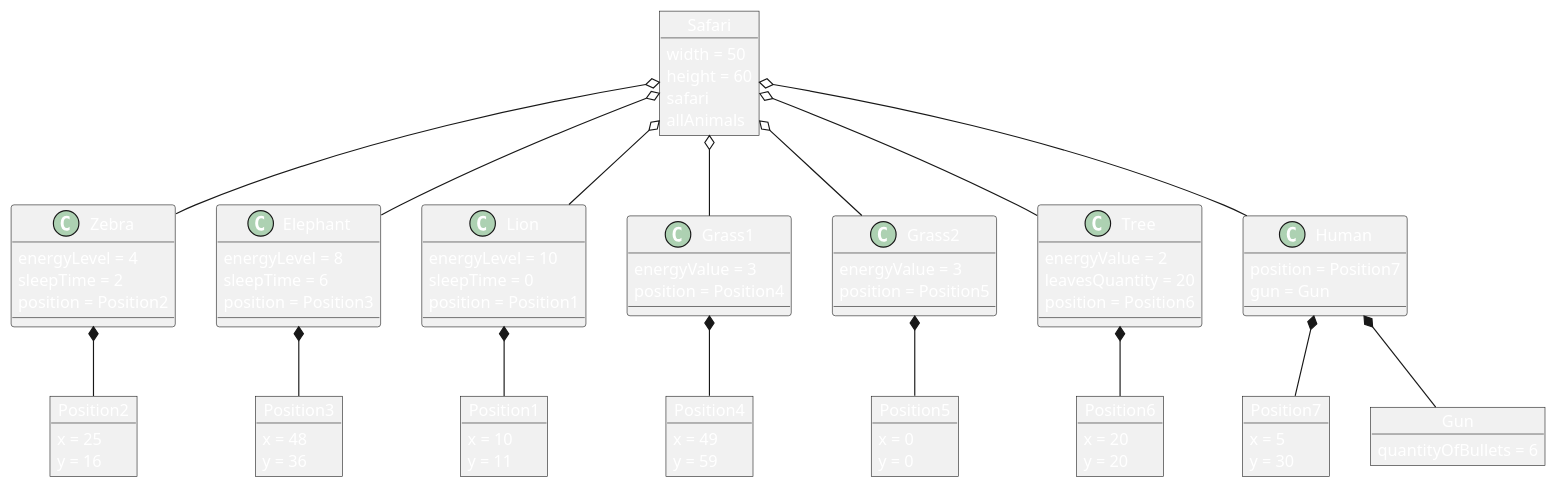
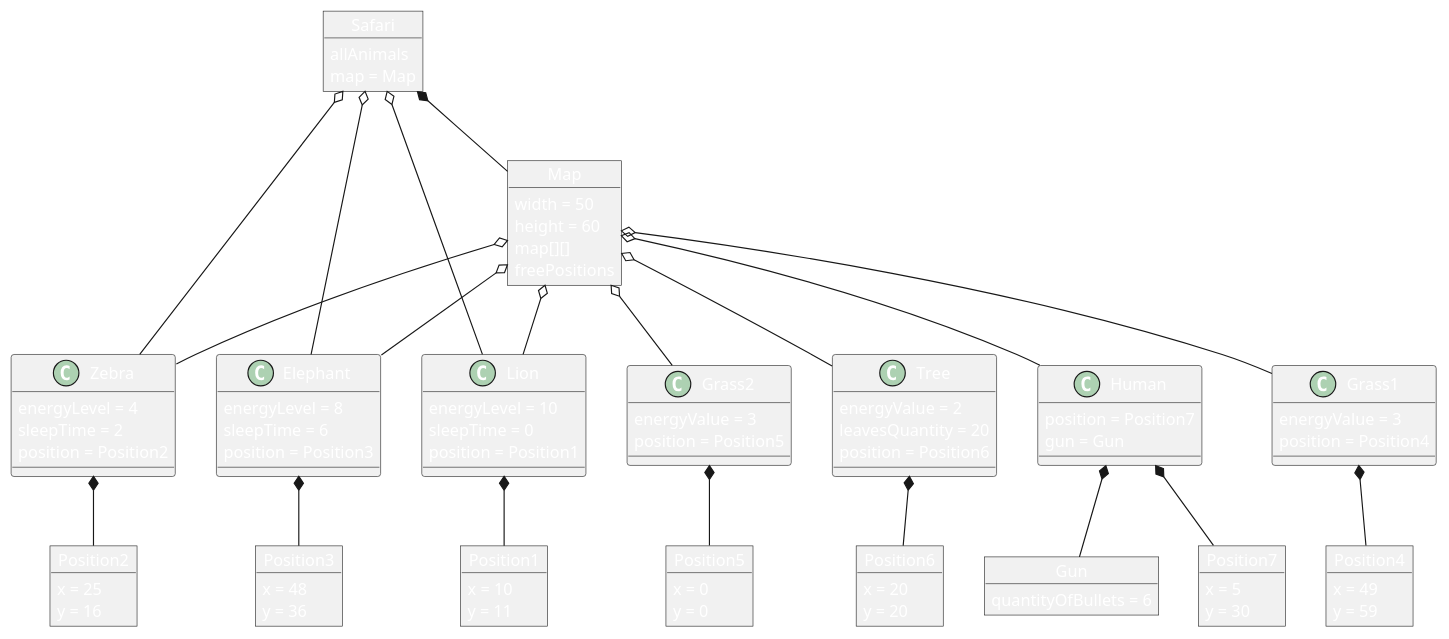
One commit to Karolina606/Safari changed the diagram in src/main/java/safari/animals/objectDiagram.puml. Above: the diagram before and after it, drawn with PlantUML. The commit also changed 2 other files, not shown here.

Commit message:
add corrects to the diagrams

```diff
--- a/src/main/java/safari/animals/objectDiagram.puml
+++ b/src/main/java/safari/animals/objectDiagram.puml
@@ -1,107 +1,118 @@
 @startuml
 skinparam defaultFontColor white
 
 object Safari{
+    allAnimals
+    map = Map
+}
+
+object Map{
     width = 50
     height = 60
-    safari
-    allAnimals
+    map[][]
+    freePositions
 }
+
+Safari *-- Map
 Safari o-- Zebra
 Safari o-- Elephant
 Safari o-- Lion
-Safari o-- Grass1
-Safari o-- Grass2
-Safari o-- Tree
-Safari o-- Human
 
+
+Map o-- Zebra
+Map o-- Elephant
+Map o-- Lion
+Map o-- Grass1
+Map o-- Grass2
+Map o-- Tree
+Map o-- Human
 
 
 object Lion{
     energyLevel = 10
     sleepTime = 0
     position = Position1
 }
 object Position1{
     x = 10
     y = 11
 }
 Lion *-- Position1
 
 
 
 object Zebra{
     energyLevel = 4
     sleepTime = 2
     position = Position2
 }
 object Position2{
     x = 25
     y = 16
 }
 Zebra *-- Position2
 
 
 object Elephant{
     energyLevel = 8
     sleepTime = 6
     position = Position3
 }
 object Position3{
     x = 48
     y = 36
 }
 Elephant *-- Position3
 
 
 object Grass1{
     energyValue = 3
     position = Position4
 }
 object Position4{
     x = 49
     y = 59
 }
 Grass1 *-- Position4
 
 
 
 object Grass2{
     energyValue = 3
     position = Position5
 }
 object Position5{
     x = 0
     y = 0
 }
 Grass2 *-- Position5
 
 
 
 object Tree{
     energyValue = 2
     leavesQuantity = 20
     position = Position6
 }
 object Position6{
     x = 20
     y = 20
 }
 Tree *-- Position6
 
 
 object Human{
     position = Position7
     gun = Gun
 }
 object Position7{
     x = 5
     y = 30
 }
 object Gun{
     quantityOfBullets = 6
 }
 Human *-- Position7
 Human *-- Gun
 
 @enduml
```
